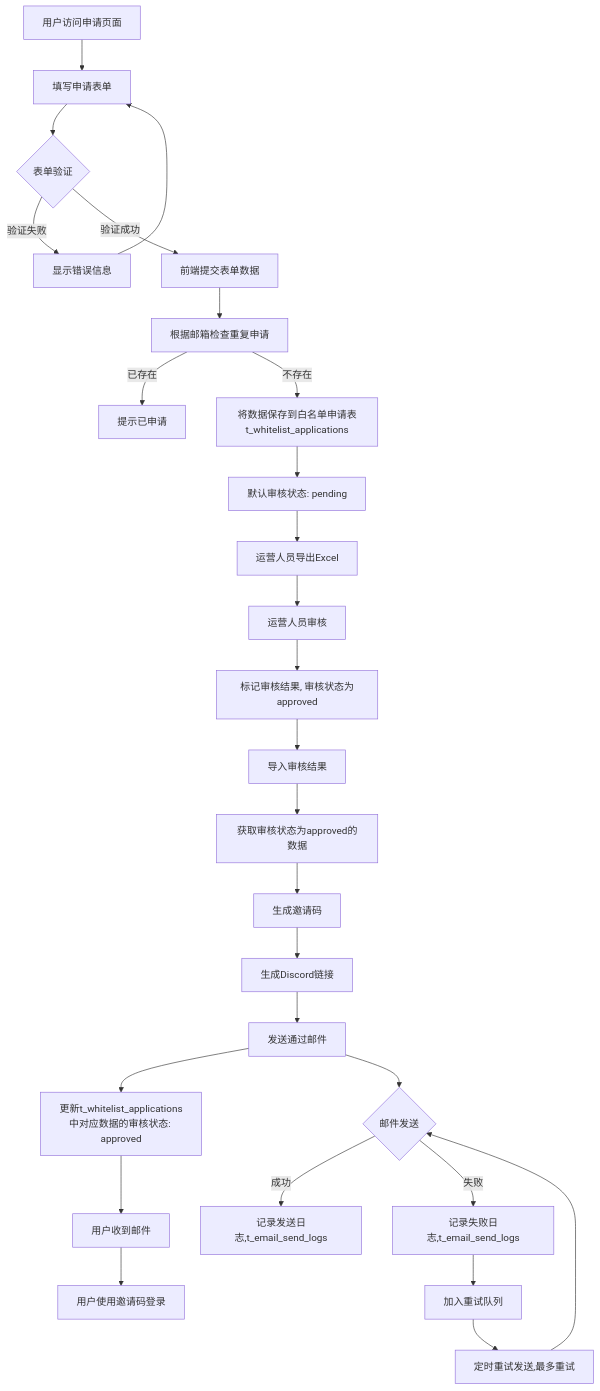
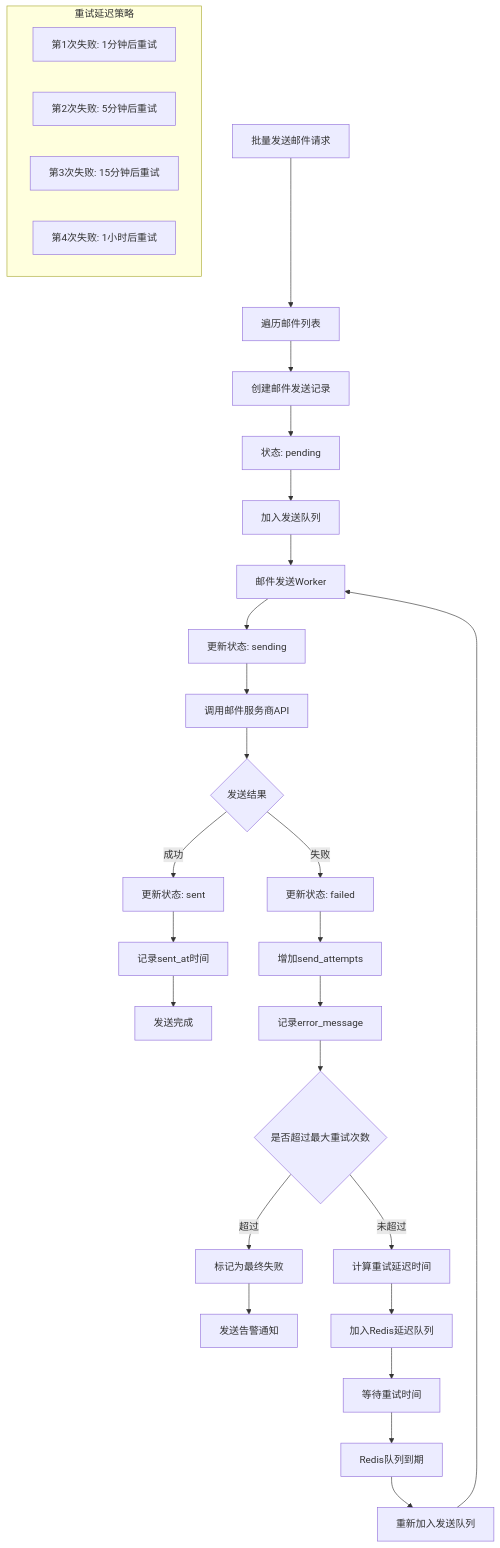
One commit to yingjianzh/iodraw-files changed the diagram in all/未命名-69.md. Above: the diagram before and after it, drawn with Mermaid.

Commit message:
2025-07-03 10:40:14 update

````diff
--- a/all/未命名-69.md
+++ b/all/未命名-69.md
@@ -1,32 +1,38 @@
 ```mermaid
 flowchart TD
-    A[用户访问申请页面] --> B[填写申请表单]
-    B --> C{表单验证}
-    C -->|验证失败| D[显示错误信息]
-    D --> B
-    C -->|验证成功| E[前端提交表单数据]
-    E -->E1[根据邮箱检查重复申请]
-    E1 -->|已存在| F[提示已申请]
-    E1 -->|不存在| G[将数据保存到白名单申请表t_whitelist_applications]
-    G --> H[默认审核状态: pending]
+    A[批量发送邮件请求] --> B[遍历邮件列表]
+    B --> C[创建邮件发送记录]
+    C --> D[状态: pending]
+    D --> E[加入发送队列]
     
-    H --> I[运营人员导出Excel]
-    I --> J[运营人员审核]
-    J --> K[标记审核结果, 审核状态为approved]
-    K --> L[导入审核结果]
-    L --> M[获取审核状态为approved的数据]
-    M --> N[生成邀请码]
-    N --> O[生成Discord链接]
-    O --> P[发送通过邮件]
-    P --> Q[更新t_whitelist_applications中对应数据的审核状态: approved]
+    E --> F[邮件发送Worker]
+    F --> G[更新状态: sending]
+    G --> H[调用邮件服务商API]
+    H --> I{发送结果}
     
-    P --> T{邮件发送}
-    T -->|成功| U[记录发送日志,t_email_send_logs]
-    T -->|失败| V[记录失败日志,t_email_send_logs]
-    V --> W[加入重试队列]
-    W --> X[定时重试发送,最多重试]
-    X --> T
+    I -->|成功| J[更新状态: sent]
+    J --> K[记录sent_at时间]
+    K --> L[发送完成]
     
-    Q --> Y[用户收到邮件]
-    Y --> Z[用户使用邀请码登录]
+    I -->|失败| M[更新状态: failed]
+    M --> N[增加send_attempts]
+    N --> O[记录error_message]
+    O --> P{是否超过最大重试次数}
+    
+    P -->|超过| Q[标记为最终失败]
+    Q --> R[发送告警通知]
+    
+    P -->|未超过| S[计算重试延迟时间]
+    S --> T[加入Redis延迟队列]
+    T --> U[等待重试时间]
+    U --> V[Redis队列到期]
+    V --> W[重新加入发送队列]
+    W --> F
+    
+    subgraph "重试延迟策略"
+        S1[第1次失败: 1分钟后重试]
+        S2[第2次失败: 5分钟后重试]
+        S3[第3次失败: 15分钟后重试]
+        S4[第4次失败: 1小时后重试]
+    end
 ```
````
